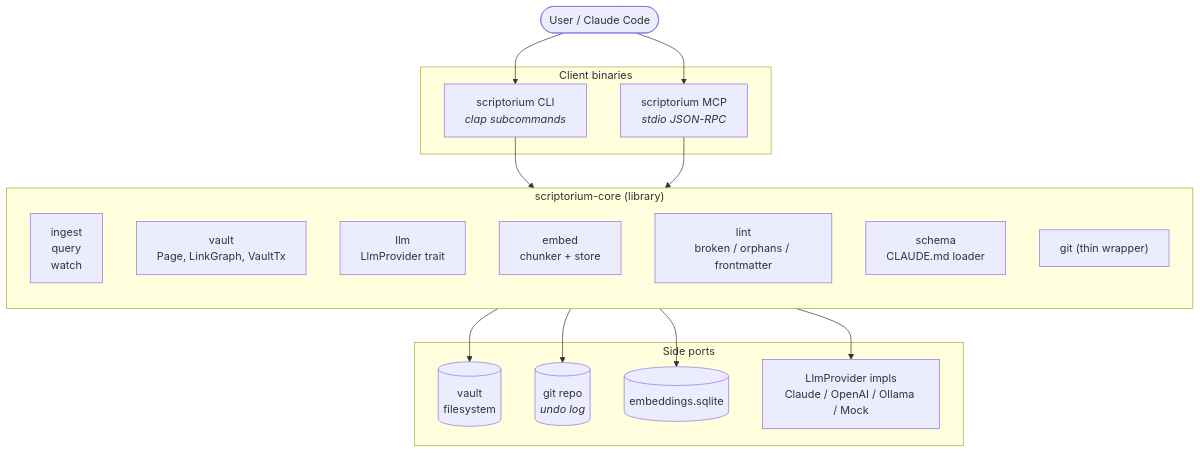
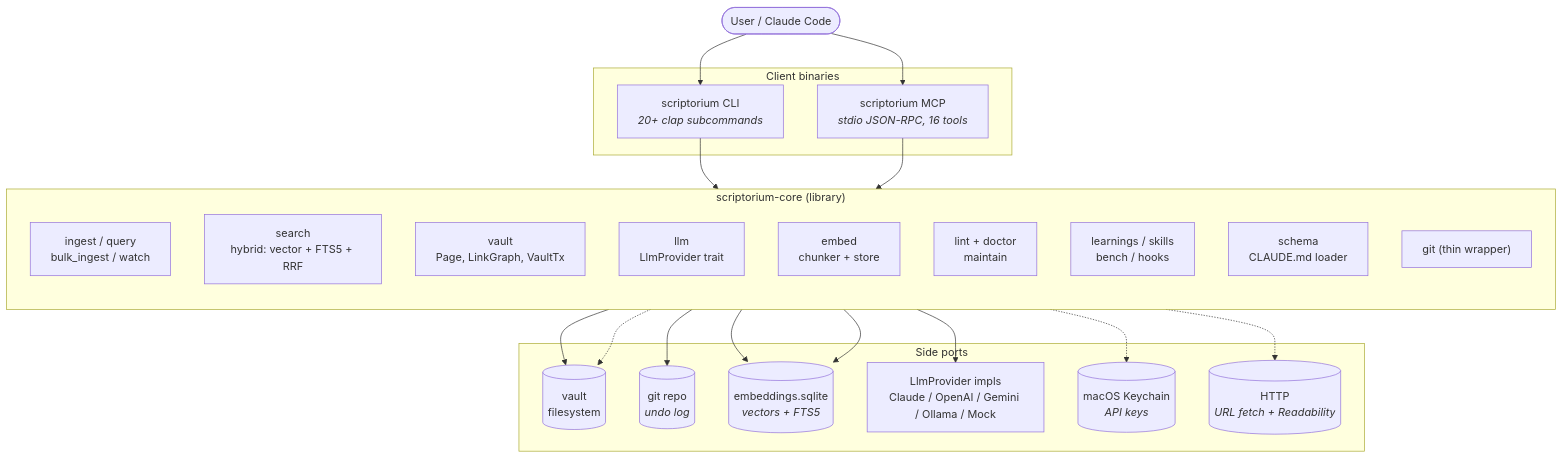
The second of 9 diagrams in docs/ARCHITECTURE.md (xpolb01/scriptorium), drawn with Mermaid before and after one commit. The commit also changed other lines of this file and 2 other files, not shown here.

First line of the commit message:
docs: restore updated README and ARCHITECTURE from pre-filter-repo state

````diff
--- a/docs/ARCHITECTURE.md
+++ b/docs/ARCHITECTURE.md
@@ -355,32 +359,40 @@
 ```mermaid
 flowchart TB
     User([User / Claude Code])
     subgraph clients["Client binaries"]
-        CLI[scriptorium CLI<br/><i>clap subcommands</i>]
-        MCP[scriptorium MCP<br/><i>stdio JSON-RPC</i>]
+        CLI[scriptorium CLI<br/><i>20+ clap subcommands</i>]
+        MCP[scriptorium MCP<br/><i>stdio JSON-RPC, 16 tools</i>]
     end
     subgraph core["scriptorium-core (library)"]
         direction TB
-        Ingest["ingest<br/>query<br/>watch"]
+        Ingest["ingest / query<br/>bulk_ingest / watch"]
+        Search["search<br/>hybrid: vector + FTS5 + RRF"]
         Vault["vault<br/>Page, LinkGraph, VaultTx"]
         Llm["llm<br/>LlmProvider trait"]
         Embed["embed<br/>chunker + store"]
-        Lint["lint<br/>broken / orphans / frontmatter"]
+        Lint["lint + doctor<br/>maintain"]
+        Learn["learnings / skills<br/>bench / hooks"]
         Schema["schema<br/>CLAUDE.md loader"]
         Git["git (thin wrapper)"]
     end
     subgraph ports["Side ports"]
         Disk[("vault<br/>filesystem")]
         GitRepo[("git repo<br/><i>undo log</i>")]
-        Sqlite[("embeddings.sqlite")]
-        Prov["LlmProvider impls<br/>Claude / OpenAI / Ollama / Mock"]
+        Sqlite[("embeddings.sqlite<br/><i>vectors + FTS5</i>")]
+        Prov["LlmProvider impls<br/>Claude / OpenAI / Gemini / Ollama / Mock"]
+        Keychain[("macOS Keychain<br/><i>API keys</i>")]
+        Web[("HTTP<br/><i>URL fetch + Readability</i>")]
     end
     User --> CLI
     User --> MCP
     CLI --> core
     MCP --> core
     Vault --> Disk
     Git --> GitRepo
     Embed --> Sqlite
+    Search --> Sqlite
     Llm --> Prov
+    Learn -.-> Disk
+    core -.-> Keychain
+    Ingest -.-> Web
 ```
````
